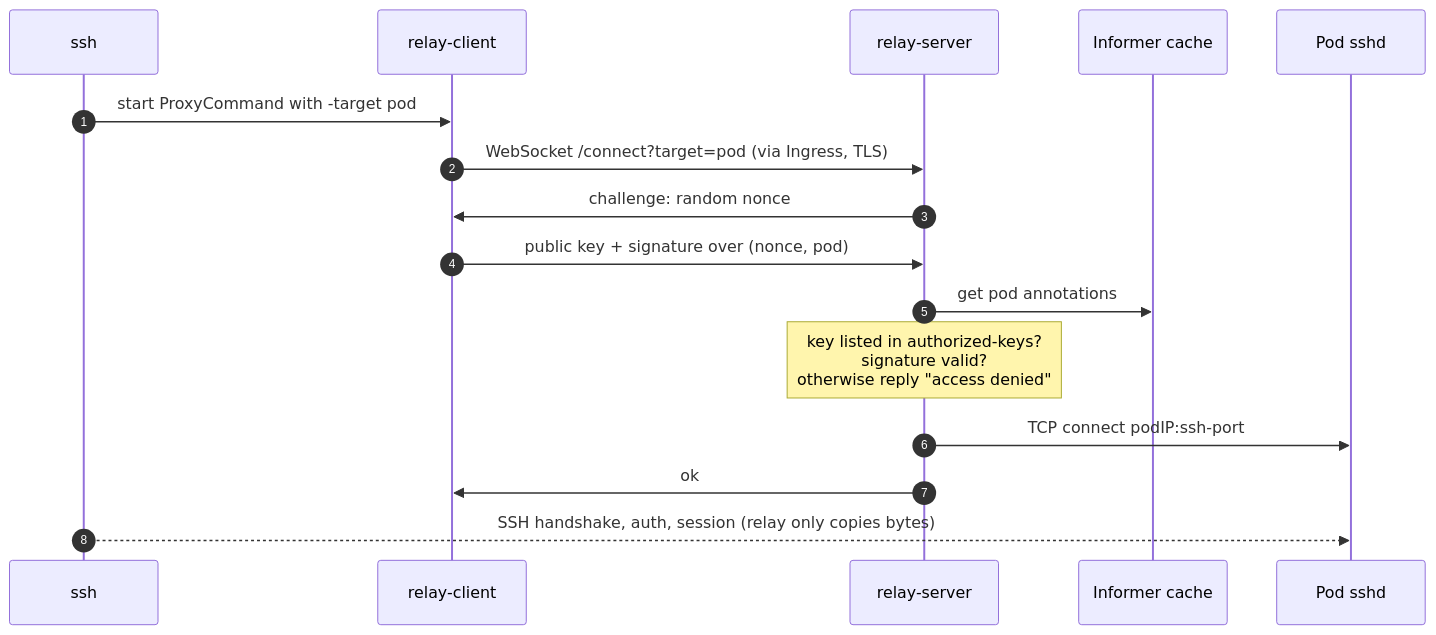
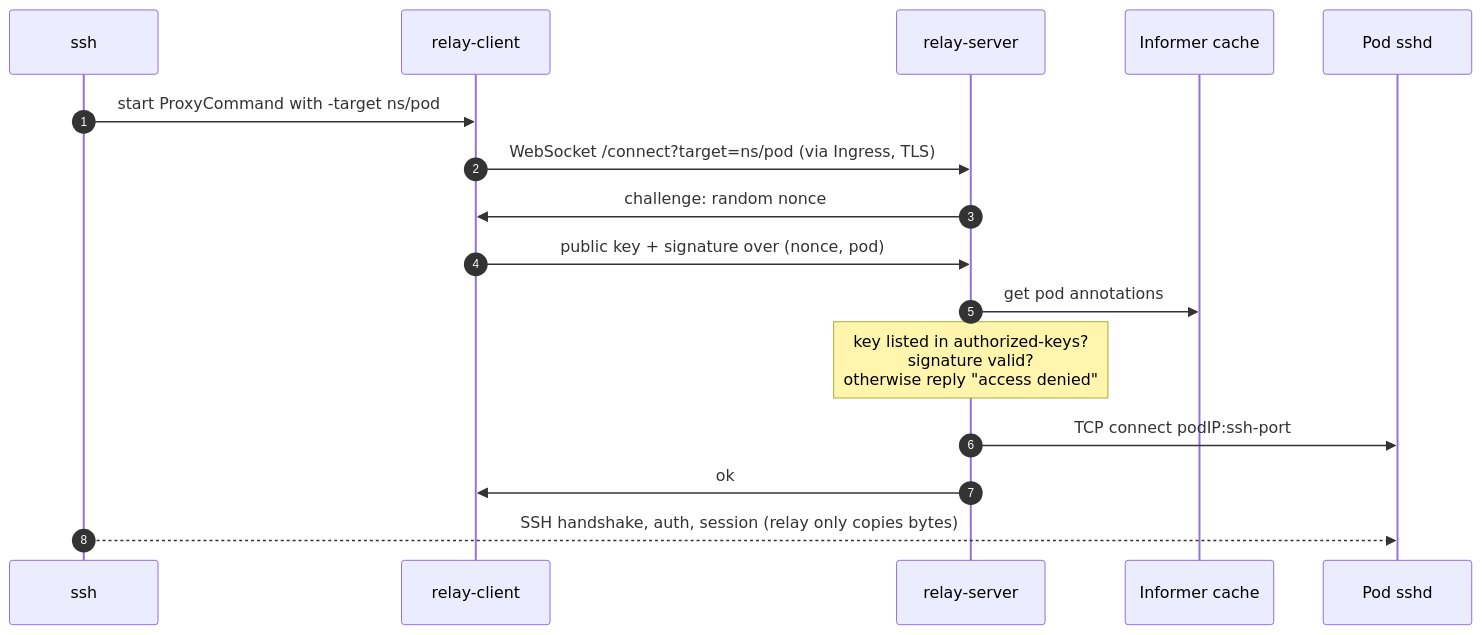
Before and after one commit to fqix/k8s-pod-ssh-relay: the second of 2 diagrams in README.md, drawn with Mermaid. The commit also changed other lines of this file and 10 other files, not shown here.

First line of the commit message:
feat!: address target pods as namespace/pod

````diff
--- a/README.md
+++ b/README.md
@@ -50,19 +54,19 @@
 ```mermaid
 sequenceDiagram
   autonumber
   participant S as ssh
   participant C as relay-client
   participant R as relay-server
   participant I as Informer cache
   participant P as Pod sshd
 
-  S->>C: start ProxyCommand with -target pod
-  C->>R: WebSocket /connect?target=pod (via Ingress, TLS)
+  S->>C: start ProxyCommand with -target ns/pod
+  C->>R: WebSocket /connect?target=ns/pod (via Ingress, TLS)
   R->>C: challenge: random nonce
   C->>R: public key + signature over (nonce, pod)
   R->>I: get pod annotations
   Note over R: key listed in authorized-keys?<br/>signature valid?<br/>otherwise reply "access denied"
   R->>P: TCP connect podIP:ssh-port
   R->>C: ok
   S-->>P: SSH handshake, auth, session (relay only copies bytes)
 ```
````
